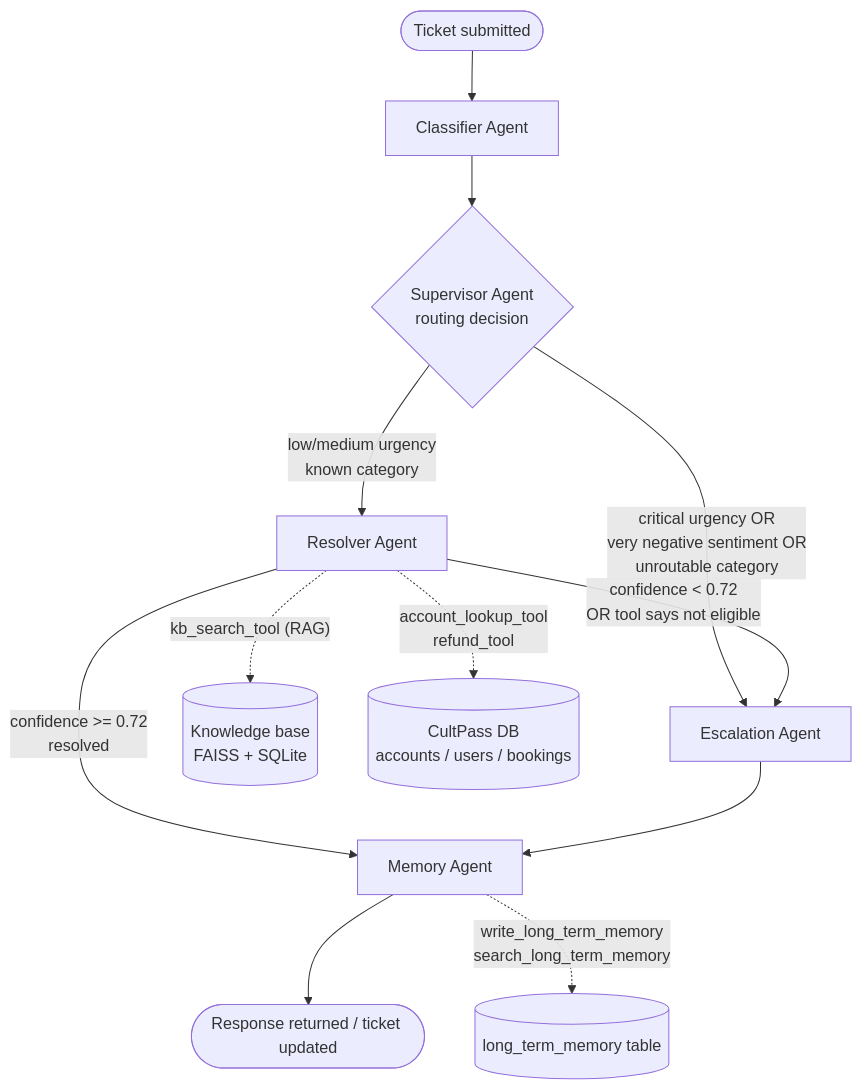
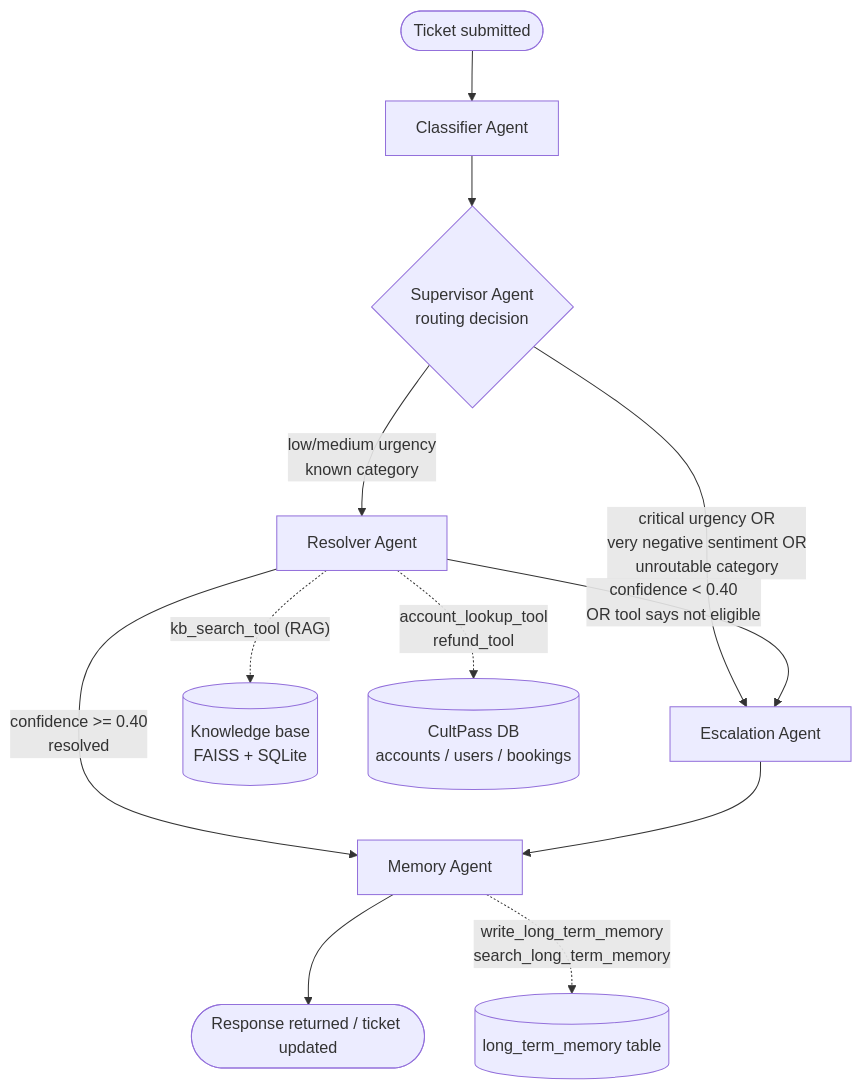
One commit to deepti-gohil/uda-home changed the diagram in agentic/design/architecture.md. Above: the diagram before and after it, drawn with Mermaid. The commit also changed other lines of this file and 7 other files, not shown here.

````diff
--- a/agentic/design/architecture.md
+++ b/agentic/design/architecture.md
@@ -33,15 +33,15 @@
 ```mermaid
 flowchart TD
     START([Ticket submitted]) --> CLS[Classifier Agent]
     CLS --> SUP{Supervisor Agent<br/>routing decision}
     SUP -- "low/medium urgency<br/>known category" --> RES[Resolver Agent]
     SUP -- "critical urgency OR<br/>very negative sentiment OR<br/>unroutable category" --> ESC[Escalation Agent]
-    RES -- "confidence >= 0.72<br/>resolved" --> MEM[Memory Agent]
-    RES -- "confidence < 0.72<br/>OR tool says not eligible" --> ESC
+    RES -- "confidence >= 0.40<br/>resolved" --> MEM[Memory Agent]
+    RES -- "confidence < 0.40<br/>OR tool says not eligible" --> ESC
     ESC --> MEM
     MEM --> END([Response returned / ticket updated])
 
     RES -. "kb_search_tool (RAG)" .-> KB[(Knowledge base<br/>FAISS + SQLite)]
     RES -. "account_lookup_tool<br/>refund_tool" .-> EXT[(CultPass DB<br/>accounts / users / bookings)]
     MEM -. "write_long_term_memory<br/>search_long_term_memory" .-> LTM[(long_term_memory table)]
 ```
````
